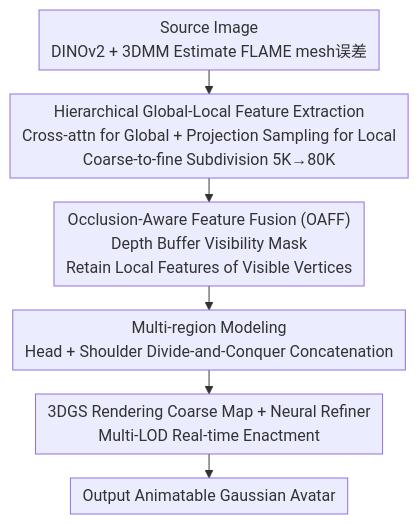
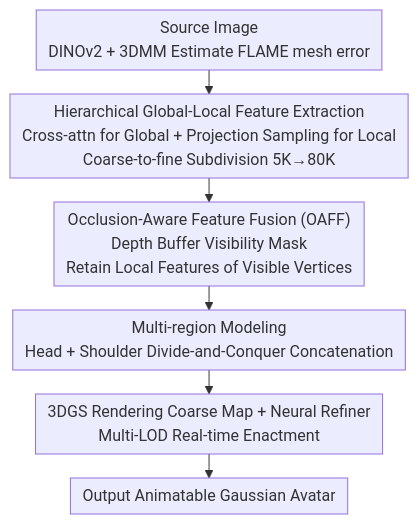
The diagram in docs/CVPR2026/3d_vision/omg-avatar_one-shot_multi-lod_gaussian_head_avatar.md (zhaoyang97/Paper-Notes-en), drawn with Mermaid before and after one commit. The commit also changed 644 other files, not shown here.

````diff
--- a/docs/CVPR2026/3d_vision/omg-avatar_one-shot_multi-lod_gaussian_head_avatar.md
+++ b/docs/CVPR2026/3d_vision/omg-avatar_one-shot_multi-lod_gaussian_head_avatar.md
@@ -48,9 +48,9 @@
 ```mermaid
 %%{init: {'flowchart': {'rankSpacing': 24, 'nodeSpacing': 28, 'padding': 6, 'wrappingWidth': 400}}}%%
 flowchart TD
-    A["Source Image<br/>DINOv2 + 3DMM Estimate FLAME mesh误差"] --> B["Hierarchical Global-Local Feature Extraction<br/>Cross-attn for Global + Projection Sampling for Local<br/>Coarse-to-fine Subdivision 5K→80K"]
+    A["Source Image<br/>DINOv2 + 3DMM Estimate FLAME mesh error"] --> B["Hierarchical Global-Local Feature Extraction<br/>Cross-attn for Global + Projection Sampling for Local<br/>Coarse-to-fine Subdivision 5K→80K"]
     B --> C["Occlusion-Aware Feature Fusion (OAFF)<br/>Depth Buffer Visibility Mask<br/>Retain Local Features of Visible Vertices"]
     C --> D["Multi-region Modeling<br/>Head + Shoulder Divide-and-Conquer Concatenation"]
     D --> E["3DGS Rendering Coarse Map + Neural Refiner<br/>Multi-LOD Real-time Enactment"]
     E --> F["Output Animatable Gaussian Avatar"]
 ```
````
